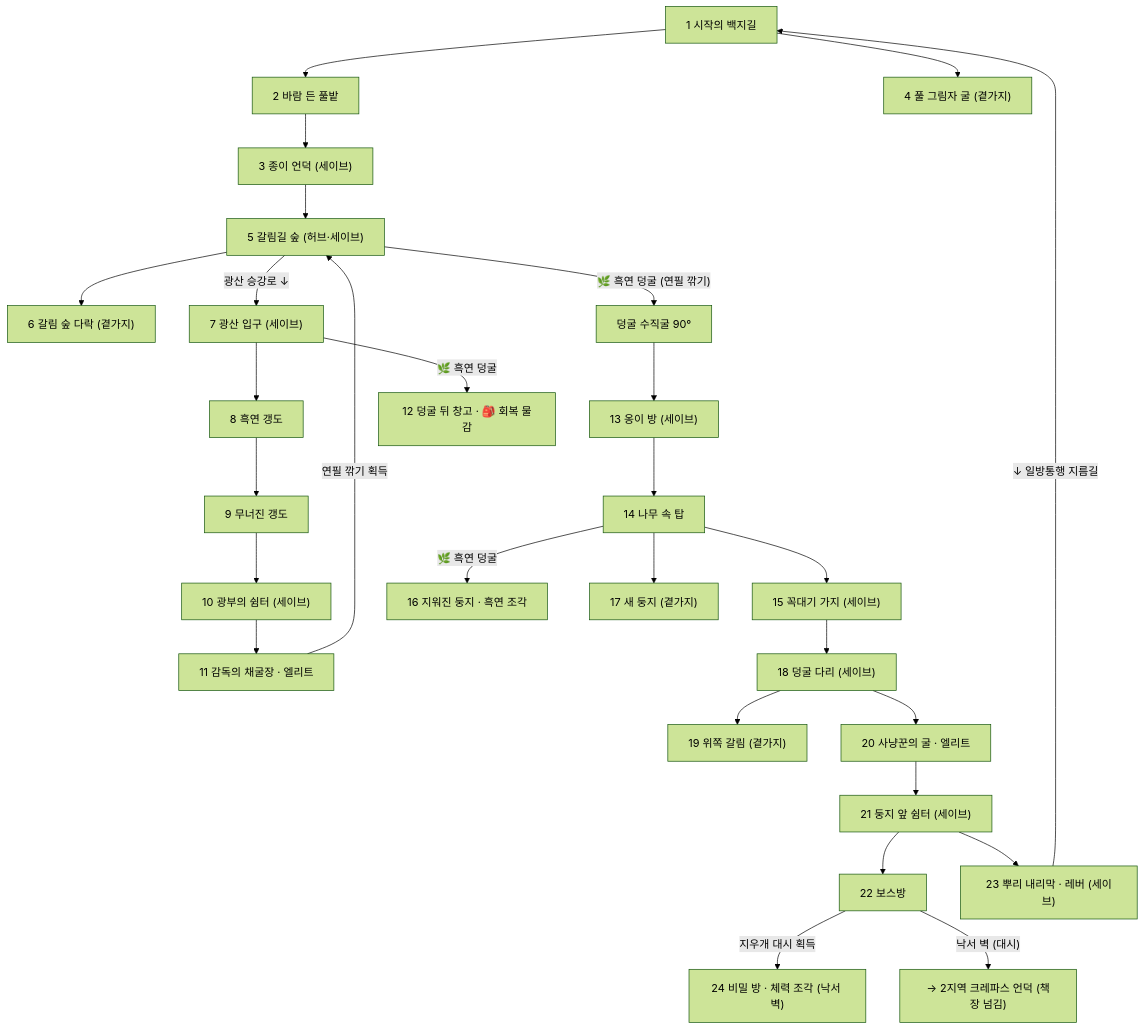
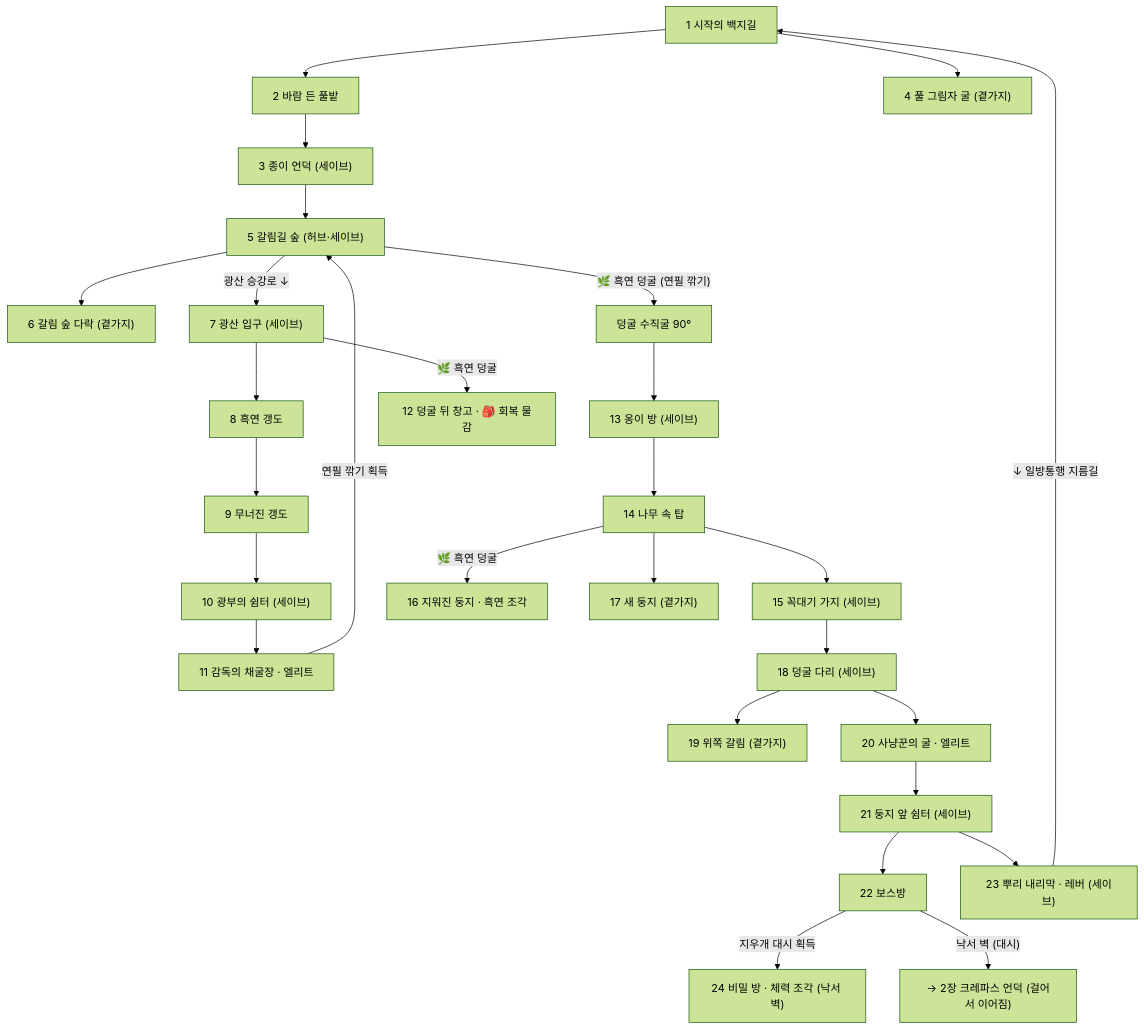
One commit to lde0707/Unfinished-Sketchbook changed the diagram in Docs/04_1지역_연필숲_맵.md. Above: the diagram before and after it, drawn with Mermaid (forest theme). The commit also changed other lines of this file and 95 other files, not shown here.

````diff
--- a/Docs/04_1지역_연필숲_맵.md
+++ b/Docs/04_1지역_연필숲_맵.md
@@ -41,17 +41,17 @@
 ```mermaid
 flowchart TD
   S["1 시작의 백지길"] --> F["2 바람 든 풀밭"] --> H["3 종이 언덕 (세이브)"] --> HUB["5 갈림길 숲 (허브·세이브)"]
   S --> G4["4 풀 그림자 굴 (곁가지)"]
   HUB --> LOFT["6 갈림 숲 다락 (곁가지)"]
   HUB -->|"광산 승강로 ↓"| M7["7 광산 입구 (세이브)"] --> M8["8 흑연 갱도"] --> M9["9 무너진 갱도"] --> M10["10 광부의 쉼터 (세이브)"] --> M11["11 감독의 채굴장 · 엘리트"]
   M11 -->|"연필 깎기 획득"| HUB
   HUB -->|"🌿 흑연 덩굴 (연필 깎기)"| V["덩굴 수직굴 90°"] --> T13["13 옹이 방 (세이브)"] --> T14["14 나무 속 탑"] --> T15["15 꼭대기 가지 (세이브)"]
   M7 -->|"🌿 흑연 덩굴"| M12["12 덩굴 뒤 창고 · 🎒 회복 물감"]
   T14 -->|"🌿 흑연 덩굴"| T16["16 지워진 둥지 · 흑연 조각"]
   T14 --> T17["17 새 둥지 (곁가지)"]
   T15 --> D18["18 덩굴 다리 (세이브)"] --> D19["19 위쪽 갈림 (곁가지)"]
   D18 --> D20["20 사냥꾼의 굴 · 엘리트"] --> D21["21 둥지 앞 쉼터 (세이브)"] --> BOSS["22 보스방"]
   D21 --> D23["23 뿌리 내리막 · 레버 (세이브)"] -->|"↓ 일방통행 지름길"| S
   BOSS -->|"지우개 대시 획득"| SEC["24 비밀 방 · 체력 조각 (낙서 벽)"]
-  BOSS -->|"낙서 벽 (대시)"| EXIT["→ 2지역 크레파스 언덕 (책장 넘김)"]
+  BOSS -->|"낙서 벽 (대시)"| EXIT["→ 2장 크레파스 언덕 (걸어서 이어짐)"]
 ```
````
